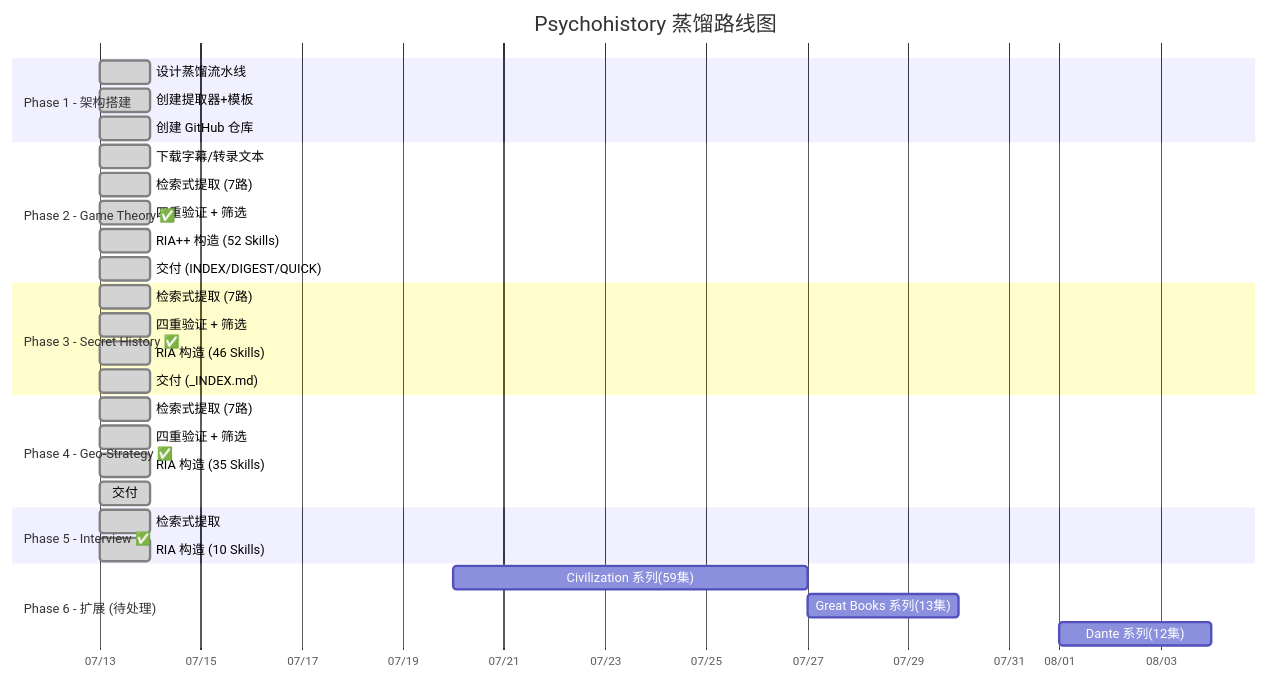
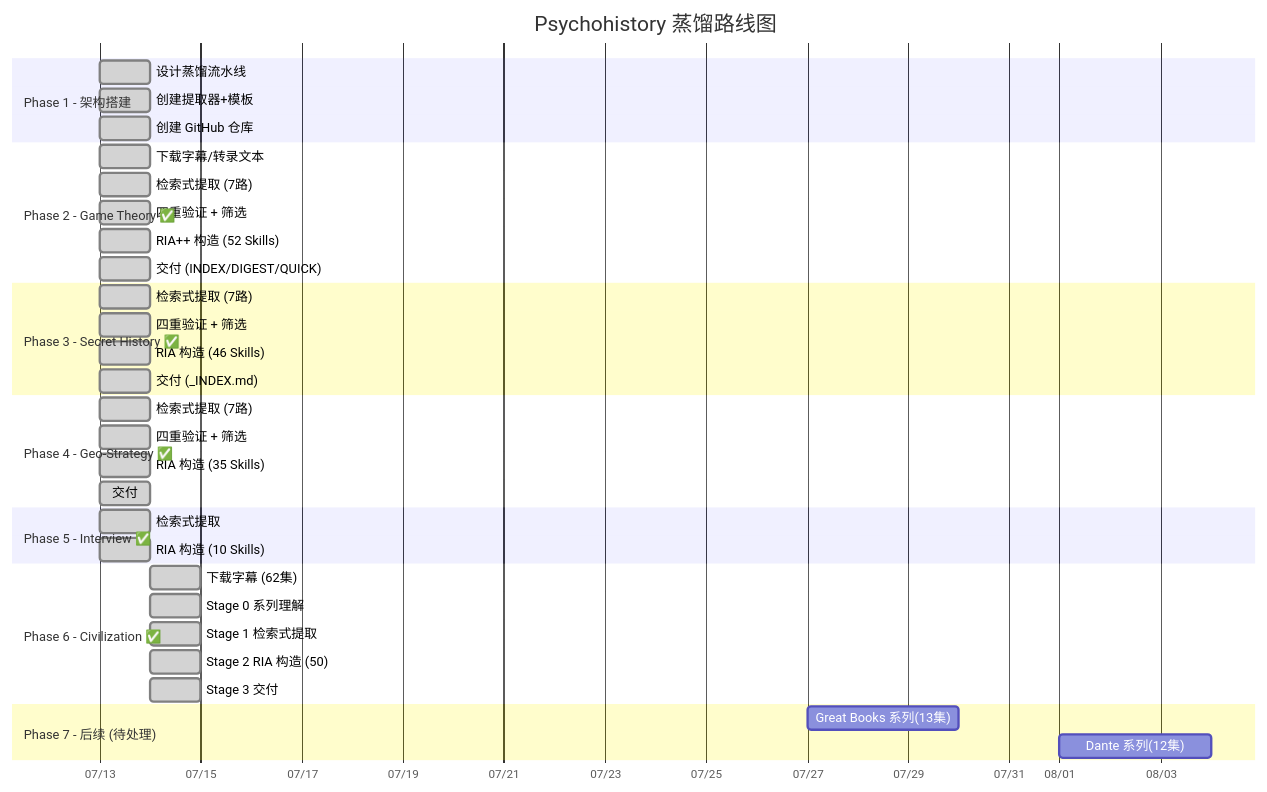
Before and after one commit to chundada/psychohistory: the diagram in PROGRESS.md, drawn with Mermaid. The commit also changed other lines of this file and 162 other files, not shown here.

````diff
--- a/PROGRESS.md
+++ b/PROGRESS.md
@@ -15,39 +15,45 @@
 ```mermaid
 gantt
     title Psychohistory 蒸馏路线图
     dateFormat  YYYY-MM-DD
     axisFormat  %m/%d
     
     section Phase 1 - 架构搭建
     设计蒸馏流水线           :done, 2026-07-13, 1d
     创建提取器+模板          :done, 2026-07-13, 1d
     创建 GitHub 仓库         :done, 2026-07-13, 1d
     
     section Phase 2 - Game Theory ✅
     下载字幕/转录文本        :done, 2026-07-13, 1d
     检索式提取 (7路)         :done, 2026-07-13, 1d
     四重验证 + 筛选          :done, 2026-07-13, 1d
     RIA++ 构造 (52 Skills)   :done, 2026-07-13, 1d
     交付 (INDEX/DIGEST/QUICK) :done, 2026-07-13, 1d
     
     section Phase 3 - Secret History ✅
     检索式提取 (7路)         :done, 2026-07-13, 1d
     四重验证 + 筛选          :done, 2026-07-13, 1d
     RIA 构造 (46 Skills)     :done, 2026-07-13, 1d
     交付 (_INDEX.md)         :done, 2026-07-13, 1d
     
     section Phase 4 - Geo-Strategy ✅
     检索式提取 (7路)         :done, 2026-07-13, 1d
     四重验证 + 筛选          :done, 2026-07-13, 1d
     RIA 构造 (35 Skills)     :done, 2026-07-13, 1d
     交付                     :done, 2026-07-13, 1d
     
     section Phase 5 - Interview ✅
     检索式提取               :done, 2026-07-13, 1d
     RIA 构造 (10 Skills)     :done, 2026-07-13, 1d
 
-    section Phase 6 - 扩展 (待处理)
-    Civilization 系列(59集)  :2026-07-20, 7d
+    section Phase 6 - Civilization ✅
+    下载字幕 (62集)          :done, 2026-07-14, 1d
+    Stage 0 系列理解         :done, 2026-07-14, 1d
+    Stage 1 检索式提取       :done, 2026-07-14, 1d
+    Stage 2 RIA 构造 (50)    :done, 2026-07-14, 1d
+    Stage 3 交付             :done, 2026-07-14, 1d
+
+    section Phase 7 - 后续 (待处理)
     Great Books 系列(13集)   :2026-07-27, 3d
     Dante 系列(12集)         :2026-08-01, 3d
 ```
````
